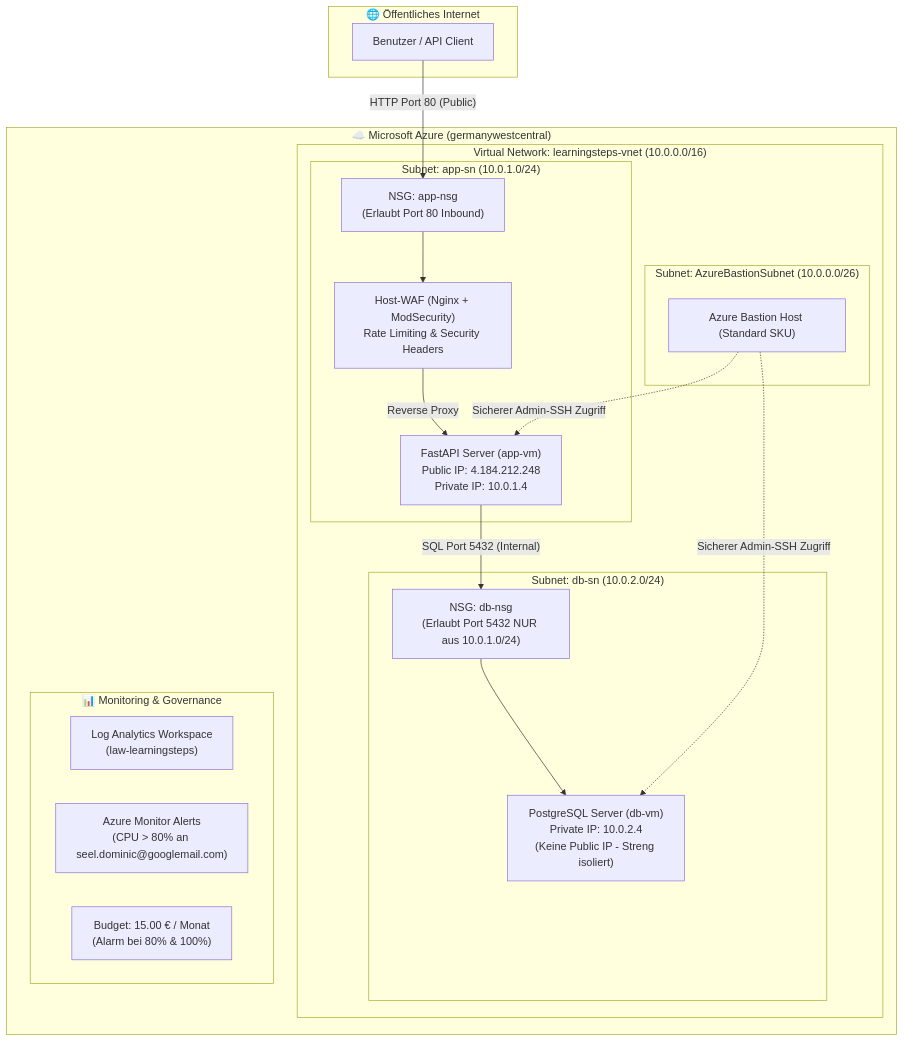
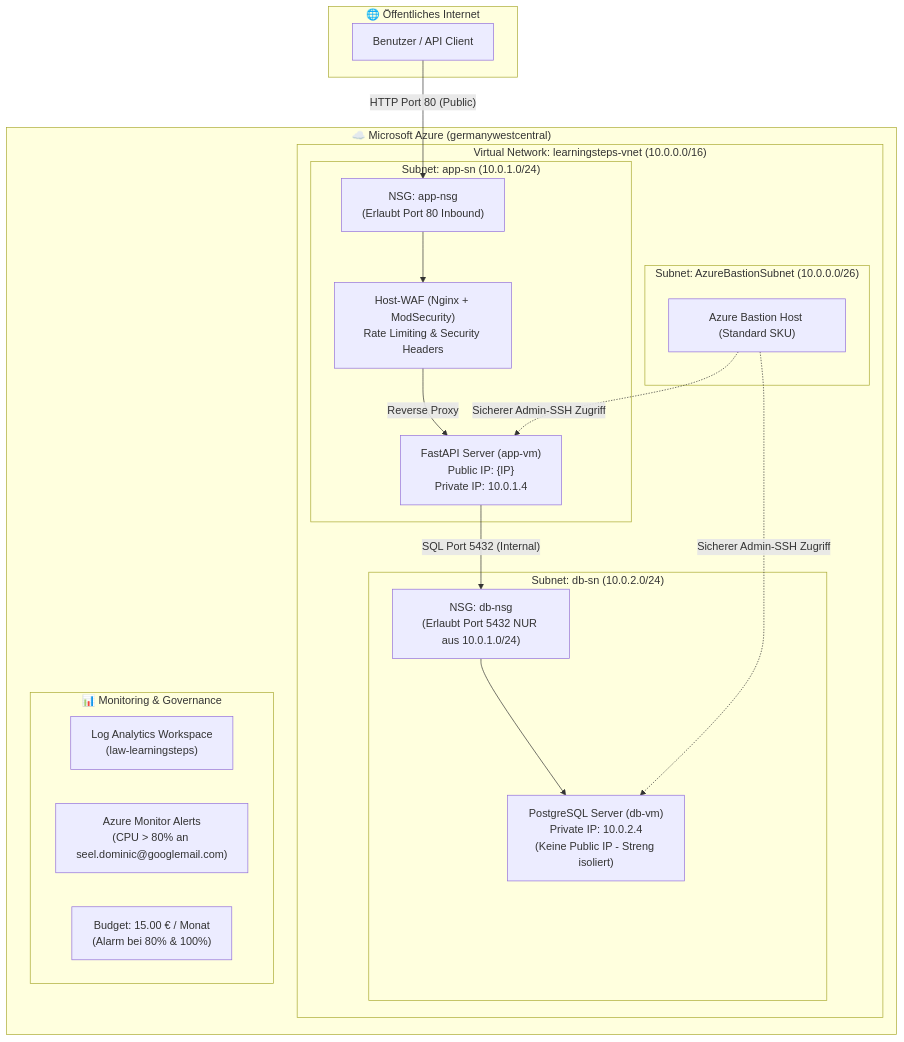
Before and after one commit to AnnoDomine/ad-learning: the diagram in documentation/TECHNICAL_WRITEUP.md, drawn with Mermaid. The commit also changed other lines of this file and 4 other files, not shown here.

````diff
--- a/documentation/TECHNICAL_WRITEUP.md
+++ b/documentation/TECHNICAL_WRITEUP.md
@@ -15,40 +15,40 @@
 ```mermaid
 flowchart TD
     subgraph Internet ["🌐 Öffentliches Internet"]
         User["Benutzer / API Client"]
     end
 
     subgraph AzureCloud ["☁️ Microsoft Azure (germanywestcentral)"]
         subgraph VNet ["Virtual Network: learningsteps-vnet (10.0.0.0/16)"]
             
             subgraph BastionSN ["Subnet: AzureBastionSubnet (10.0.0.0/26)"]
                 Bastion["Azure Bastion Host (Standard SKU)"]
             end
 
             subgraph AppSN ["Subnet: app-sn (10.0.1.0/24)"]
                 NSG_App["NSG: app-nsg\n(Erlaubt Port 80 Inbound)"]
                 WAF["Host-WAF (Nginx + ModSecurity)\nRate Limiting & Security Headers"]
-                AppVM["FastAPI Server (app-vm)\nPublic IP: 4.184.212.248\nPrivate IP: 10.0.1.4"]
+                AppVM["FastAPI Server (app-vm)\nPublic IP: {IP}\nPrivate IP: 10.0.1.4"]
             end
 
             subgraph DBSN ["Subnet: db-sn (10.0.2.0/24)"]
                 NSG_DB["NSG: db-nsg\n(Erlaubt Port 5432 NUR aus 10.0.1.0/24)"]
                 DBVM["PostgreSQL Server (db-vm)\nPrivate IP: 10.0.2.4\n(Keine Public IP - Streng isoliert)"]
             end
         end
 
         subgraph MonitoringPlane ["📊 Monitoring & Governance"]
             Law["Log Analytics Workspace\n(law-learningsteps)"]
             Alerts["Azure Monitor Alerts\n(CPU > 80% an seel.dominic@googlemail.com)"]
             Budget["Budget: 15.00 € / Monat\n(Alarm bei 80% & 100%)"]
         end
     end
 
     User -->|"HTTP Port 80 (Public)"| NSG_App
     NSG_App --> WAF
     WAF -->|"Reverse Proxy"| AppVM
     AppVM -->|"SQL Port 5432 (Internal)"| NSG_DB
     NSG_DB --> DBVM
     Bastion -.->|"Sicherer Admin-SSH Zugriff"| AppVM
     Bastion -.->|"Sicherer Admin-SSH Zugriff"| DBVM
 ```
````
